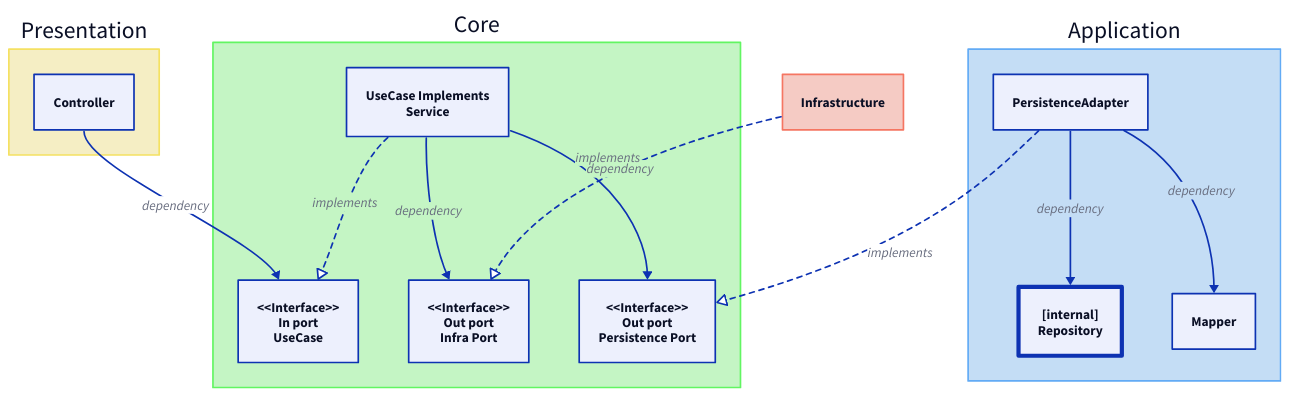
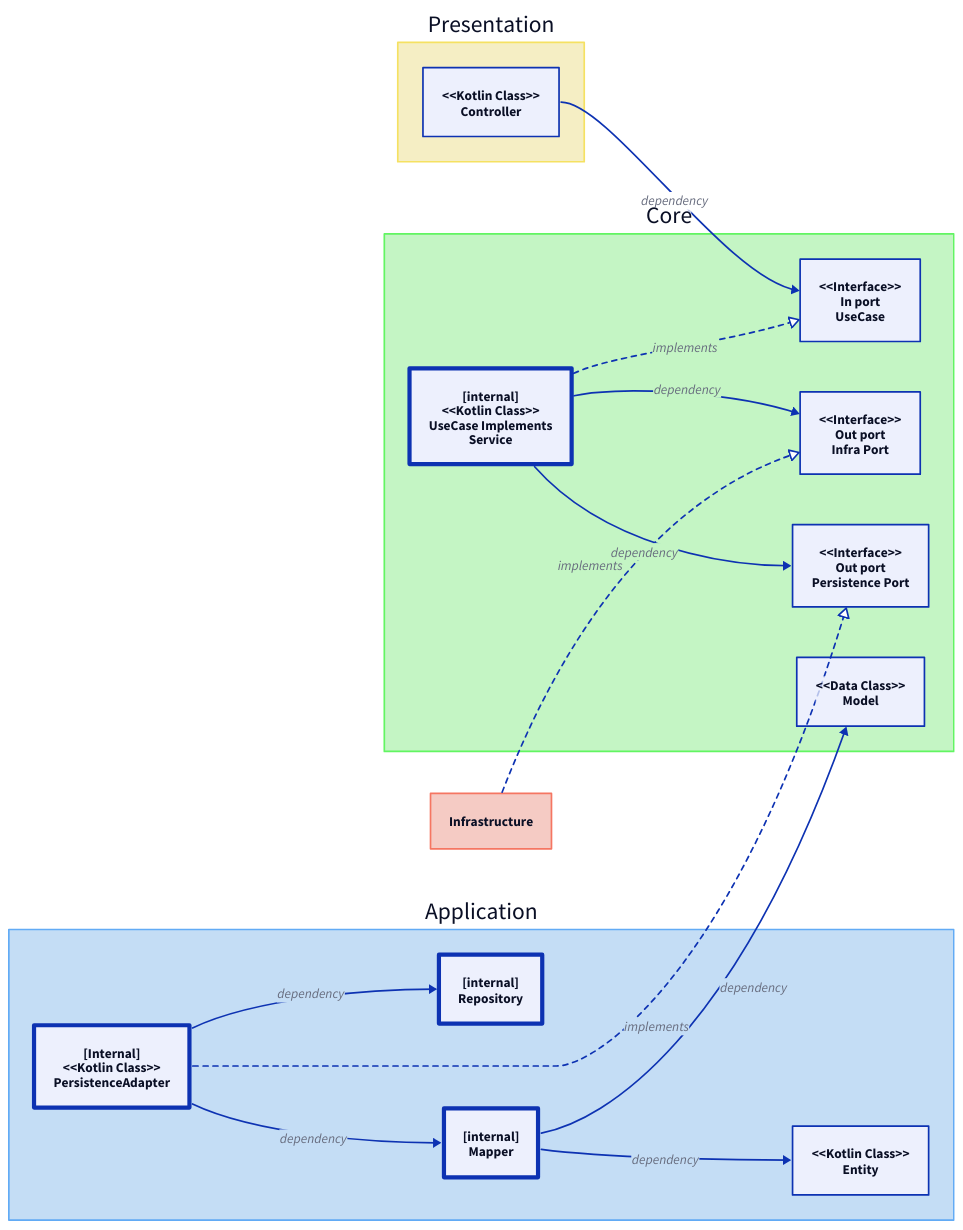
Before and after one commit to MaeumGaGym/MaeumGaGym_Backend: the diagram in .d2/ModulesArchitecture.d2, drawn with D2.

Commit message:
DOC :: d2 architecture update

```diff
--- a/.d2/ModulesArchitecture.d2
+++ b/.d2/ModulesArchitecture.d2
@@ -1,70 +1,89 @@
+direction: right
 vars: {
   implementsConnectionLabel: implements
   dependencyConnectionLabel: dependency
 }
 
 classes: {
   ImplementsConnection: {
     style.stroke-dash: 3
     target-arrowhead.style.filled: false
     label: implements
   }
 
   DependencyConnection: {
     label: dependency
   }
 }
 
 presentation: Presentation {
   style: {
     fill: "#F5EEC4"
     stroke: "#F5E162"
   }
 
-  controller: Controller
+  controller: "<<Kotlin Class>>\nController"
 }
 
 presentation.controller -> core.useCase: {class: DependencyConnection}
 
 core: Core {
   style: {
     fill: "#C4F5C4"
     stroke: "#62F562"
   }
 
   useCase: "<<Interface>>\nIn port\nUseCase"
   infraPort: "<<Interface>>\nOut port\nInfra Port"
   persistencePort: "<<Interface>>\nOut port\nPersistence Port"
+  model: "<<Data Class>>\nModel"
 
-  service: "UseCase Implements\nService"
+  service: "[internal]\n<<Kotlin Class>>\nUseCase Implements\nService" {
+    style: {
+      stroke-width: 5
+    }
+  }
+
   service -> useCase: {class: ImplementsConnection}
   service -> persistencePort: {class: DependencyConnection}
   service -> infraPort: {class: DependencyConnection}
 }
 
 application: Application {
   style: {
     fill: "#C4DDF5"
     stroke: "#62ABF5"
   }
 
   repository: "[internal]\nRepository" {
     style: {
       stroke-width: 5
     }
   }
-  mapper: Mapper
+  mapper: "[internal]\nMapper" {
+    style: {
+      stroke-width: 5
+    }
+  }
+  mapper -> entity: {class: DependencyConnection}
 
-  persistenceAdapter: PersistenceAdapter
+  entity: "<<Kotlin Class>>\nEntity"
+
+  persistenceAdapter: "[Internal]\n<<Kotlin Class>>\nPersistenceAdapter" {
+    style: {
+      stroke-width: 5
+    }
+  }
   persistenceAdapter -> repository: {class: DependencyConnection}
   persistenceAdapter -> mapper: {class: DependencyConnection}
 }
 application.persistenceAdapter -> core.persistencePort: {class: ImplementsConnection}
+application.mapper -> core.model: {class: DependencyConnection}
 
 infrastructure: Infrastructure {
   style: {
     fill: "#F5CBC4"
     stroke: "#F57662"
   }
 }
 infrastructure -> core.infraPort: {class: ImplementsConnection}
```
